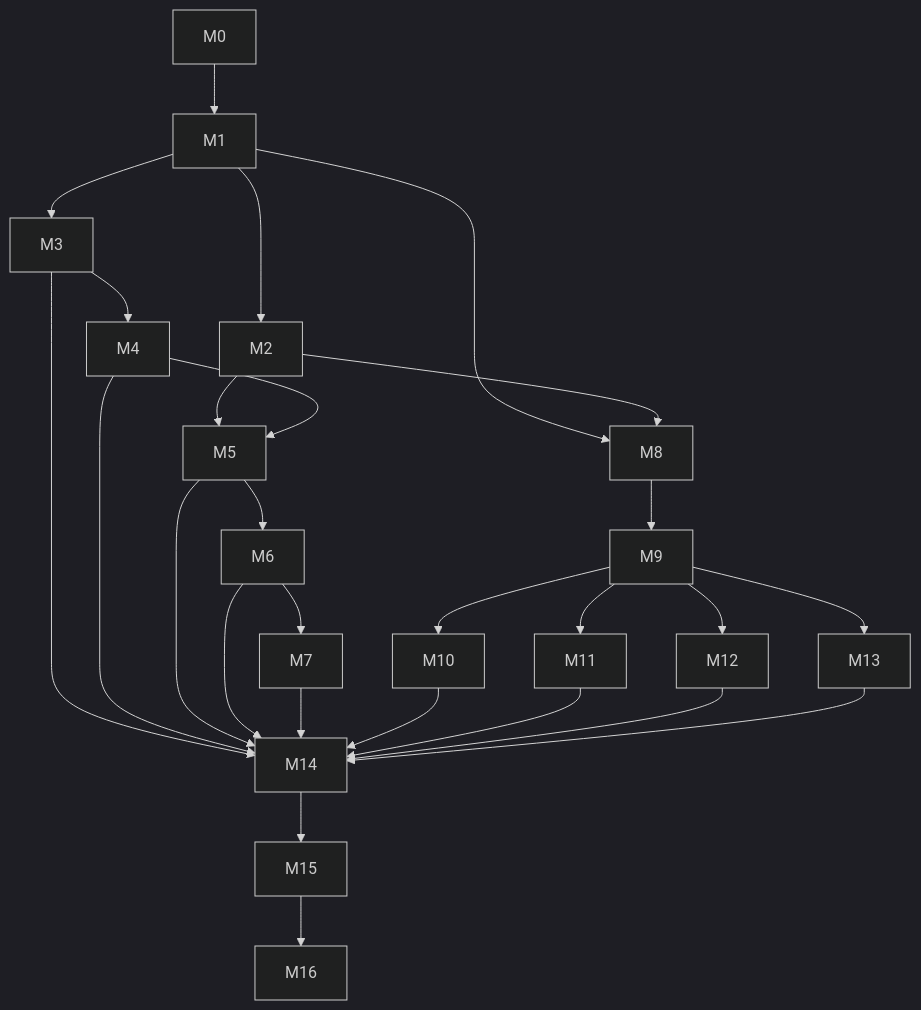
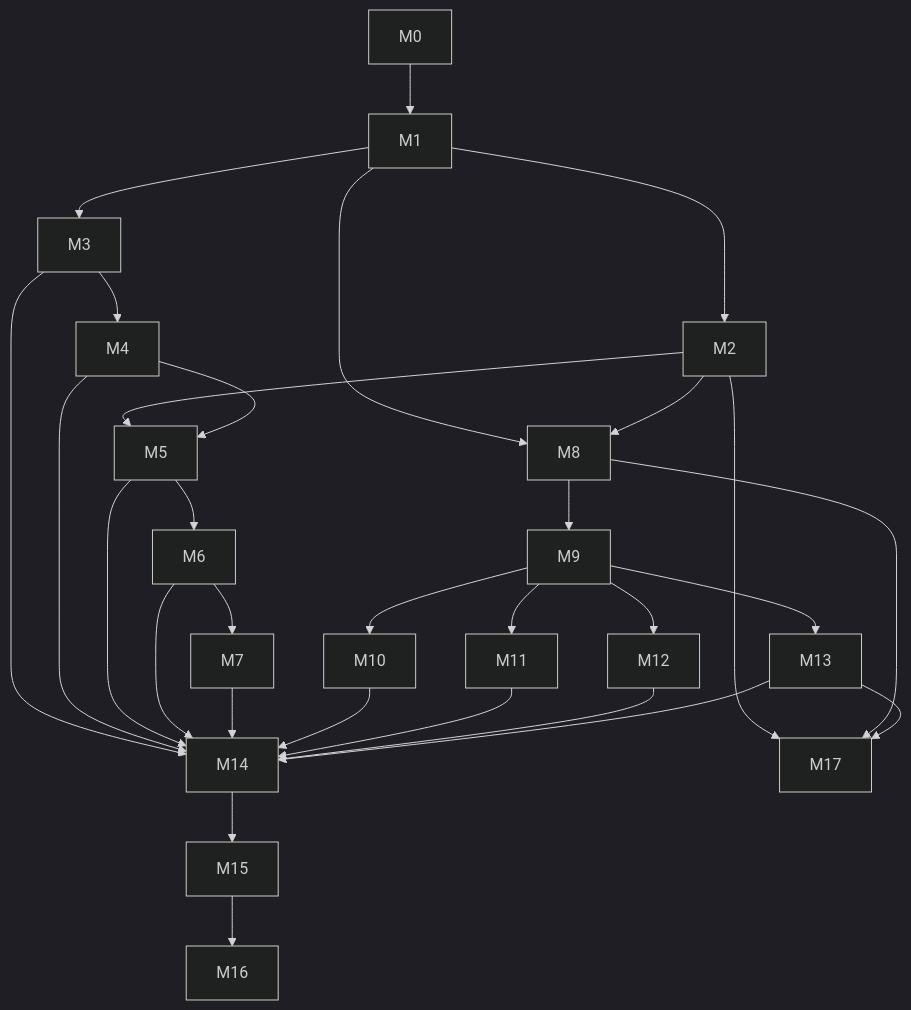
The diagram in docs/IMPLEMENTATION_PLAN.md (mohiuddin571/vigilAI), drawn with Mermaid (dark theme) before and after one commit. The commit also changed other lines of this file and 36 other files, not shown here.

````diff
--- a/docs/IMPLEMENTATION_PLAN.md
+++ b/docs/IMPLEMENTATION_PLAN.md
@@ -369,24 +392,27 @@
 ```mermaid
 flowchart TD
     M0 --> M1 --> M2
     M1 --> M3 --> M4
     M2 --> M5
     M4 --> M5
     M5 --> M6 --> M7
     M1 --> M8
     M2 --> M8
     M8 --> M9 --> M10
     M9 --> M11
     M9 --> M12
     M9 --> M13
     M3 --> M14
     M4 --> M14
     M5 --> M14
     M6 --> M14
     M7 --> M14
     M10 --> M14
     M11 --> M14
     M12 --> M14
     M13 --> M14
     M14 --> M15 --> M16
+    M2 --> M17
+    M8 --> M17
+    M13 --> M17
 ```
````
